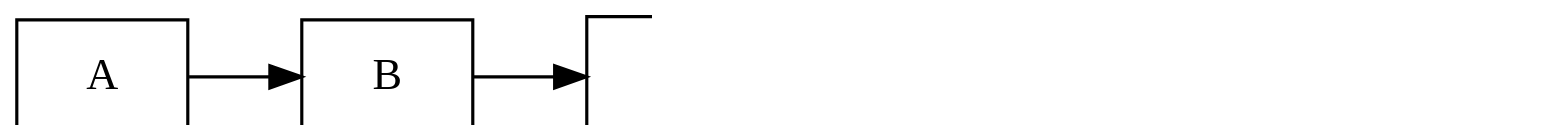
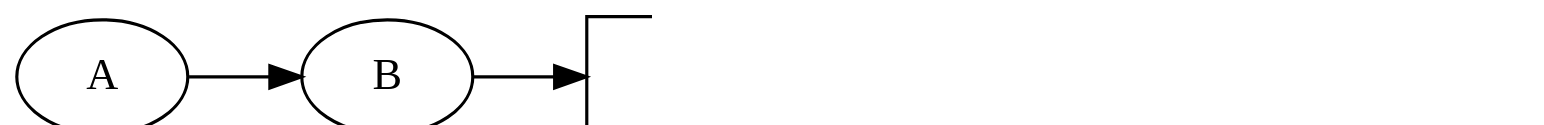
Before and after one commit to inponomarev/kstreams-testing-pitfalls: the sixth of 10 diagrams in slides/src/main/asciidoc/lecture.adoc, drawn with Graphviz. The commit also changed other lines of this file and 2 other files, not shown here.

Commit message:
better diagrams

```diff
--- a/slides/src/main/asciidoc/lecture.adoc
+++ b/slides/src/main/asciidoc/lecture.adoc
@@ -260,17 +273,16 @@
 [graphviz,"wrong-topology3.png"]
 ----
 digraph G {
 graph [ dpi = 180 ];
 rankdir="LR";
-node[shape=box];
 A1[label="A"];
 B1[label="B"];
 A2[label="A"];
 B2[label="B"];
 
 A1 -> B1 ->  Kafka -> B2 -> A2 ;
 
 
-Kafka[label="reduce \n (a, b) → <STOP>"]
+Kafka[shape=box,label="reduce \n (a, b) → <STOP>"]
 }
 ----
```
